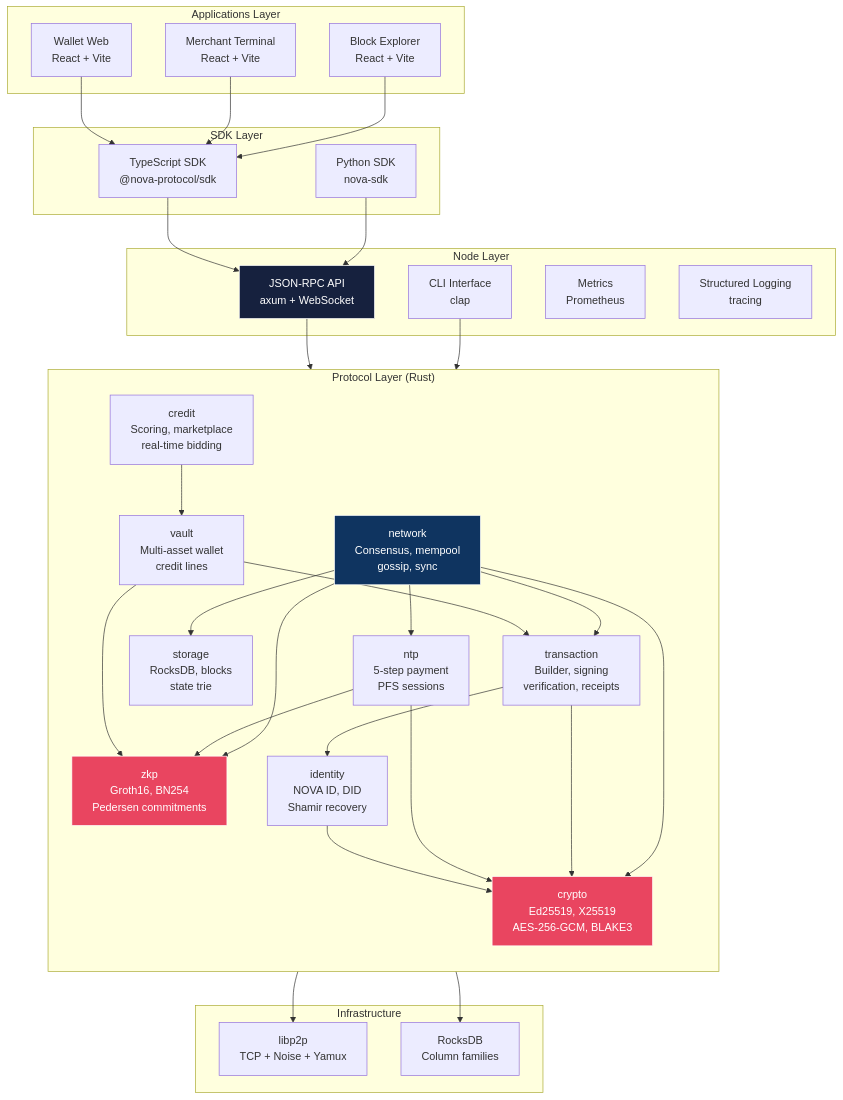
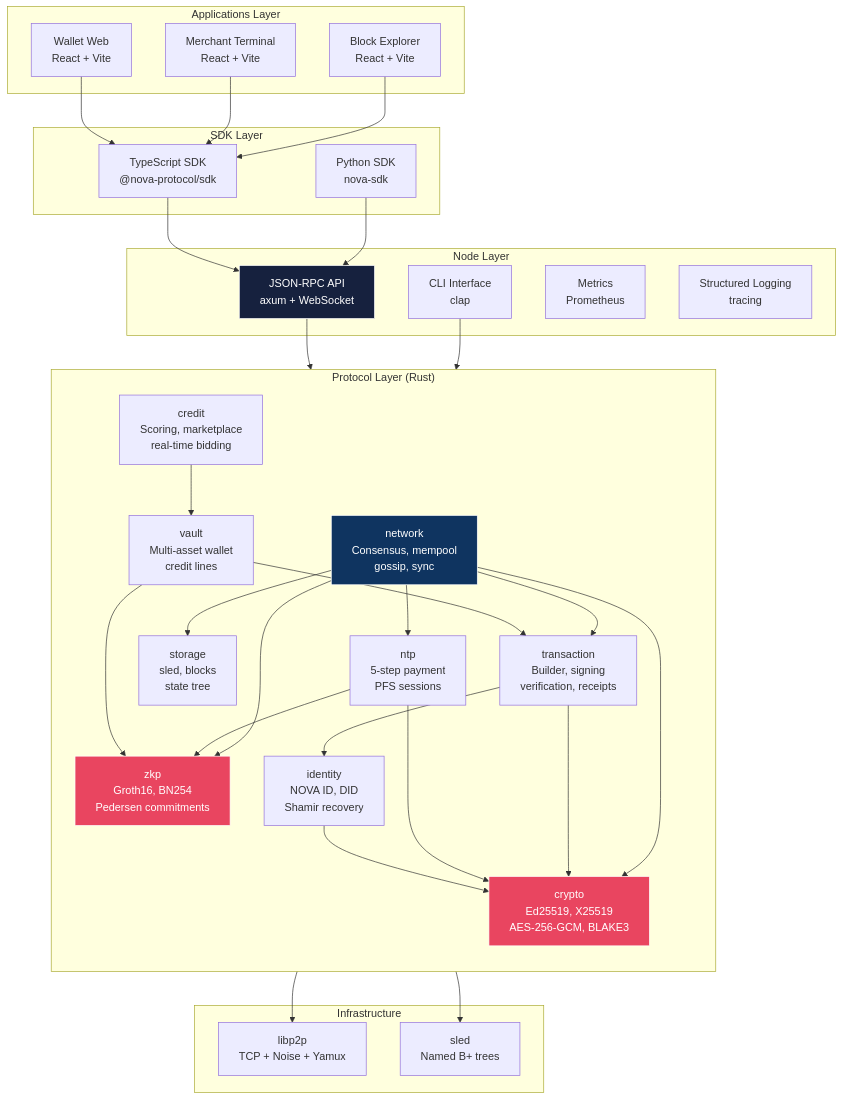
Before and after one commit to alissonlinneker/nova-protocol: the second of 5 diagrams in README.md, drawn with Mermaid. The commit also changed other lines of this file and 42 other files, not shown here.

````diff
--- a/README.md
+++ b/README.md
@@ -92,66 +92,66 @@
 ```mermaid
 graph TB
     subgraph "Applications Layer"
         WW["Wallet Web<br/>React + Vite"]
         MT["Merchant Terminal<br/>React + Vite"]
         EX["Block Explorer<br/>React + Vite"]
     end
 
     subgraph "SDK Layer"
         TS["TypeScript SDK<br/>@nova-protocol/sdk"]
         PY["Python SDK<br/>nova-sdk"]
     end
 
     subgraph "Node Layer"
         API["JSON-RPC API<br/>axum + WebSocket"]
         CLI["CLI Interface<br/>clap"]
         MET["Metrics<br/>Prometheus"]
         LOG["Structured Logging<br/>tracing"]
     end
 
     subgraph "Protocol Layer (Rust)"
         direction TB
         CR["crypto<br/>Ed25519, X25519<br/>AES-256-GCM, BLAKE3"]
         ID["identity<br/>NOVA ID, DID<br/>Shamir recovery"]
         TX["transaction<br/>Builder, signing<br/>verification, receipts"]
         ZK["zkp<br/>Groth16, BN254<br/>Pedersen commitments"]
         VT["vault<br/>Multi-asset wallet<br/>credit lines"]
         NT["ntp<br/>5-step payment<br/>PFS sessions"]
         NW["network<br/>Consensus, mempool<br/>gossip, sync"]
-        ST["storage<br/>RocksDB, blocks<br/>state trie"]
+        ST["storage<br/>sled, blocks<br/>state tree"]
         CC["credit<br/>Scoring, marketplace<br/>real-time bidding"]
     end
 
     subgraph "Infrastructure"
         P2P["libp2p<br/>TCP + Noise + Yamux"]
-        DB["RocksDB<br/>Column families"]
+        DB["sled<br/>Named B+ trees"]
     end
 
     WW --> TS
     MT --> TS
     EX --> TS
     TS --> API
     PY --> API
     API --> NW
     CLI --> NW
     NW --> CR
     NW --> TX
     NW --> ZK
     NW --> ST
     NW --> NT
     TX --> CR
     TX --> ID
     NT --> CR
     NT --> ZK
     VT --> ZK
     VT --> TX
     CC --> VT
     ID --> CR
     NW --> P2P
     ST --> DB
 
     style CR fill:#e94560,stroke:#fff,color:#fff
     style ZK fill:#e94560,stroke:#fff,color:#fff
     style NW fill:#0f3460,stroke:#fff,color:#fff
     style API fill:#16213e,stroke:#fff,color:#fff
 ```
````
